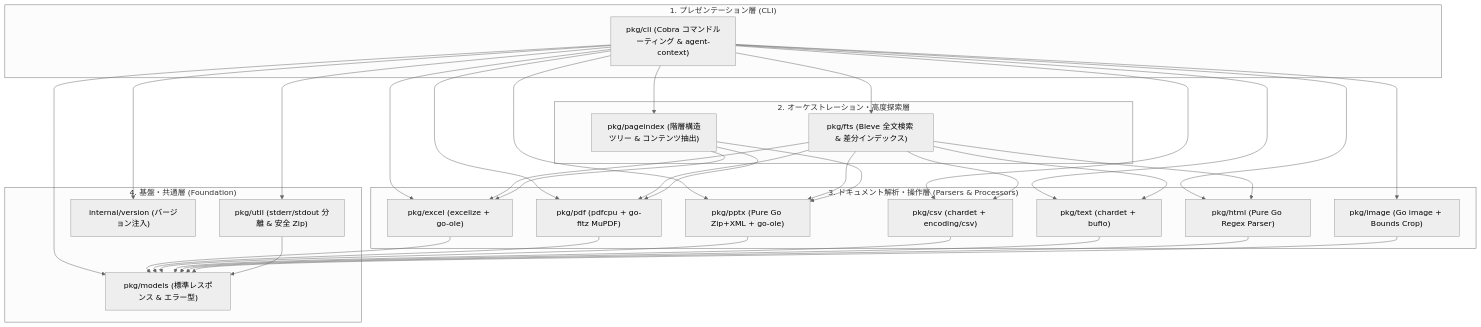
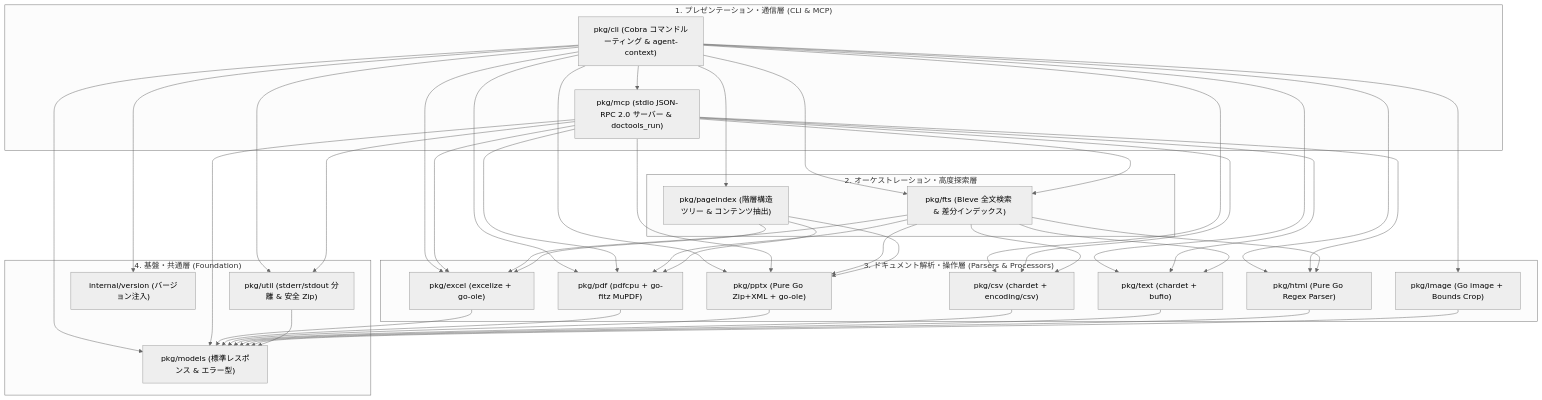
The second of 4 diagrams in doc/design.md (snaga/doctools-cli), drawn with Mermaid (neutral theme) before and after one commit. The commit also changed other lines of this file and 4 other files, not shown here.

First line of the commit message:
docs(specs): update steering, requirements, and design for MCP server and doctools_run

````diff
--- a/doc/design.md
+++ b/doc/design.md
@@ -210,32 +235,34 @@
 ```mermaid
 flowchart TD
-    subgraph Presentation ["1. プレゼンテーション層 (CLI)"]
+    subgraph Presentation ["1. プレゼンテーション・通信層 (CLI & MCP)"]
         CLI["pkg/cli (Cobra コマンドルーティング & agent-context)"]
+        MCP["pkg/mcp (stdio JSON-RPC 2.0 サーバー & doctools_run)"]
     end
 
     subgraph Orchestration ["2. オーケストレーション・高度探索層"]
         FTS["pkg/fts (Bleve 全文検索 & 差分インデックス)"]
         PI["pkg/pageindex (階層構造ツリー & コンテンツ抽出)"]
     end
 
     subgraph Parsers ["3. ドキュメント解析・操作層 (Parsers & Processors)"]
         EXCEL["pkg/excel (excelize + go-ole)"]
         PDF["pkg/pdf (pdfcpu + go-fitz MuPDF)"]
         PPTX["pkg/pptx (Pure Go Zip+XML + go-ole)"]
         CSV["pkg/csv (chardet + encoding/csv)"]
         TEXT["pkg/text (chardet + bufio)"]
         HTML["pkg/html (Pure Go Regex Parser)"]
         IMAGE["pkg/image (Go image + Bounds Crop)"]
     end
 
     subgraph Foundation ["4. 基盤・共通層 (Foundation)"]
         MODELS["pkg/models (標準レスポンス & エラー型)"]
         UTIL["pkg/util (stderr/stdout 分離 & 安全 Zip)"]
         VERSION["internal/version (バージョン注入)"]
     end
 
-    CLI --> FTS & PI & EXCEL & PDF & PPTX & CSV & TEXT & HTML & IMAGE & UTIL & MODELS & VERSION
+    CLI --> FTS & PI & EXCEL & PDF & PPTX & CSV & TEXT & HTML & IMAGE & UTIL & MODELS & VERSION & MCP
+    MCP --> EXCEL & PDF & PPTX & CSV & TEXT & HTML & FTS & MODELS & UTIL
     FTS --> EXCEL & PPTX & PDF & CSV & TEXT & HTML
     PI --> PDF & PPTX & EXCEL
     EXCEL & PDF & PPTX & CSV & TEXT & HTML & IMAGE & UTIL --> MODELS
 ```
````
